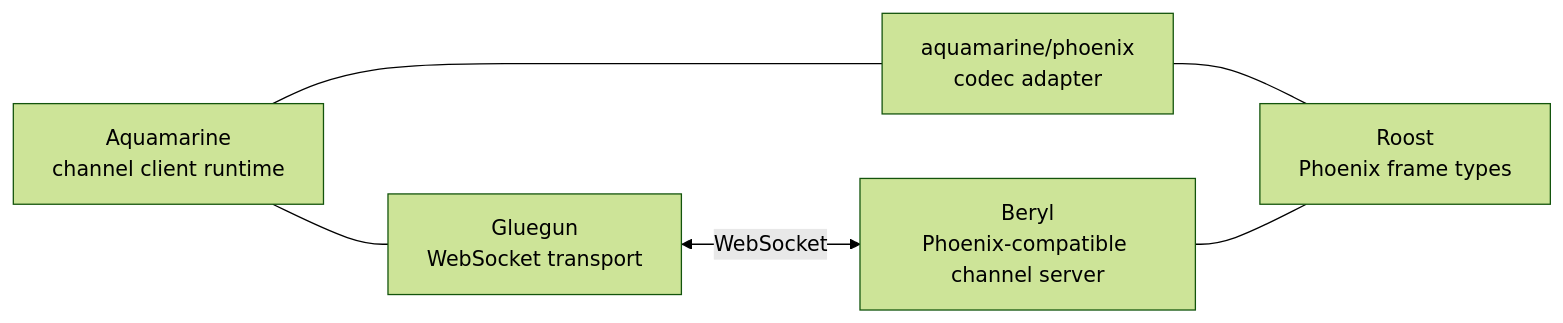
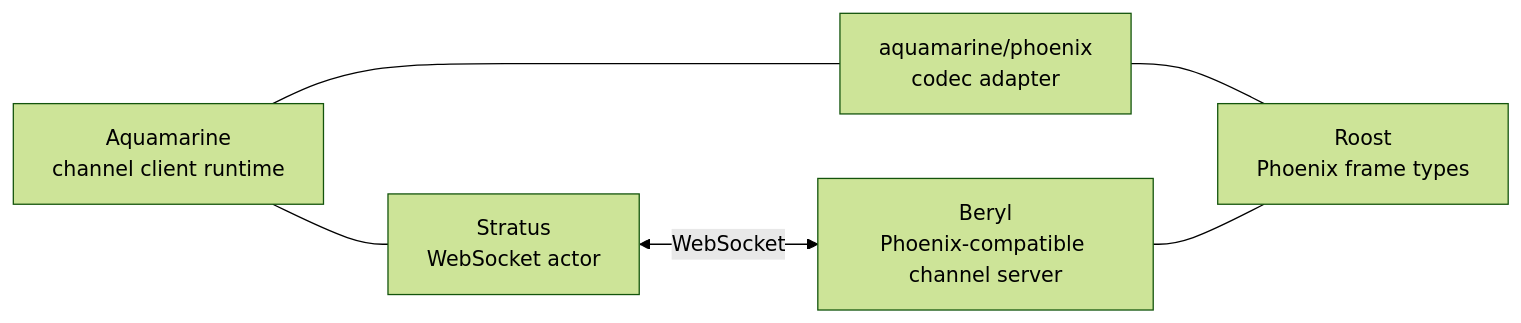
One commit to tylerbutler/aquamarine changed the diagram in website/src/content/docs/reference/ecosystem.md. Above: the diagram before and after it, drawn with Mermaid (forest theme). The commit also changed other lines of this file and 8 other files, not shown here.

````diff
--- a/website/src/content/docs/reference/ecosystem.md
+++ b/website/src/content/docs/reference/ecosystem.md
@@ -13,14 +13,14 @@
 ```mermaid
 flowchart LR
   Beryl["Beryl<br/>Phoenix-compatible channel server"]
   Aqua["Aquamarine<br/>channel client runtime"]
   Phx["aquamarine/phoenix<br/>codec adapter"]
-  Glue["Gluegun<br/>WebSocket transport"]
+  Stratus["Stratus<br/>WebSocket actor"]
   Roost["Roost<br/>Phoenix frame types"]
 
   Aqua --- Phx
-  Aqua --- Glue
+  Aqua --- Stratus
   Phx --- Roost
-  Glue <-->|WebSocket| Beryl
+  Stratus <-->|WebSocket| Beryl
   Beryl --- Roost
 ```
````
